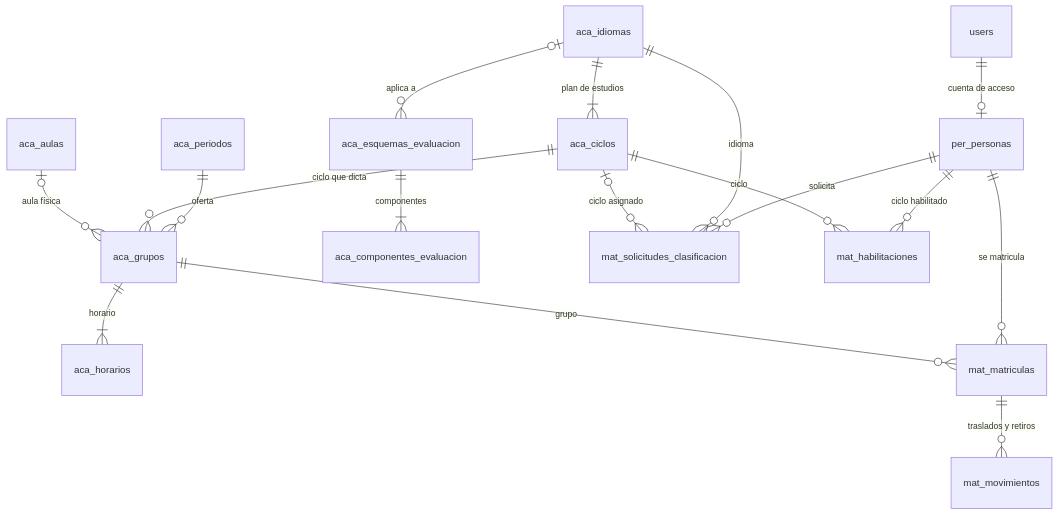
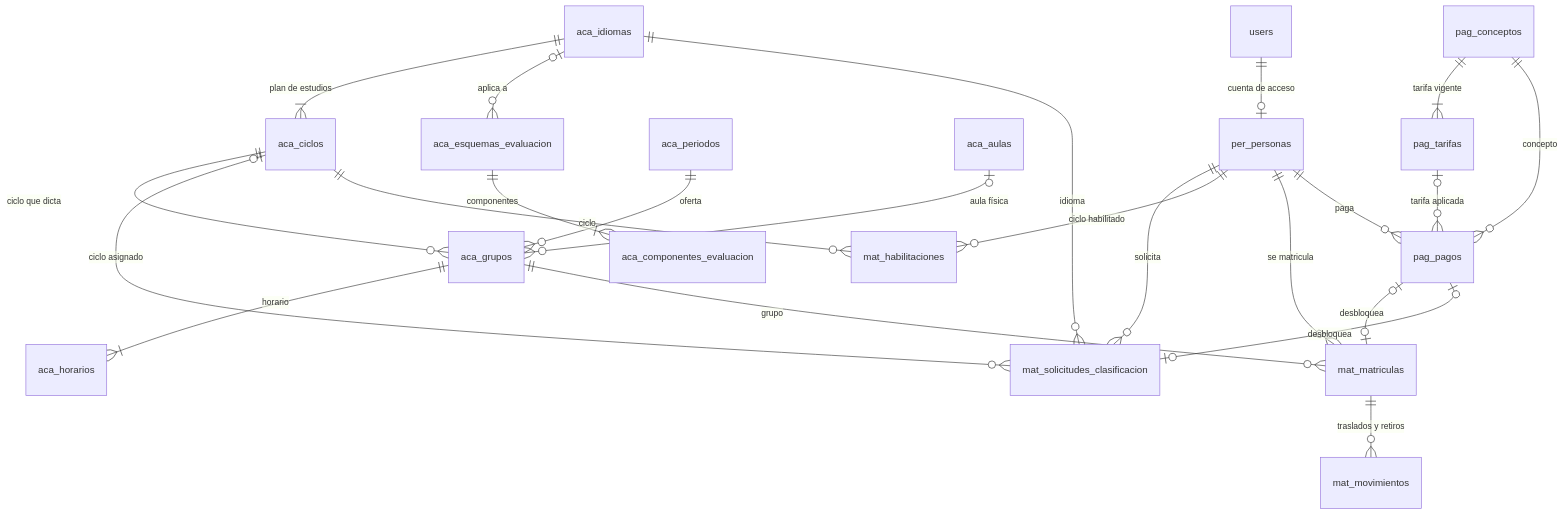
One commit to YomelBarretoFlores/cid-system changed the diagram in docs/modelo-de-datos.md. Above: the diagram before and after it, drawn with Mermaid. The commit also changed other lines of this file and 9 other files, not shown here.

````diff
--- a/docs/modelo-de-datos.md
+++ b/docs/modelo-de-datos.md
@@ -7,20 +7,26 @@
 ```mermaid
 erDiagram
     users ||--o| per_personas : "cuenta de acceso"
     aca_idiomas ||--|{ aca_ciclos : "plan de estudios"
     aca_periodos ||--o{ aca_grupos : oferta
     aca_ciclos ||--o{ aca_grupos : "ciclo que dicta"
     aca_aulas |o--o{ aca_grupos : "aula física"
     aca_grupos ||--|{ aca_horarios : horario
     aca_idiomas |o--o{ aca_esquemas_evaluacion : "aplica a"
     aca_esquemas_evaluacion ||--|{ aca_componentes_evaluacion : componentes
 
     per_personas ||--o{ mat_solicitudes_clasificacion : solicita
     aca_idiomas ||--o{ mat_solicitudes_clasificacion : idioma
     aca_ciclos |o--o{ mat_solicitudes_clasificacion : "ciclo asignado"
     per_personas ||--o{ mat_habilitaciones : "ciclo habilitado"
     aca_ciclos ||--o{ mat_habilitaciones : ciclo
     per_personas ||--o{ mat_matriculas : "se matricula"
     aca_grupos ||--o{ mat_matriculas : grupo
     mat_matriculas ||--o{ mat_movimientos : "traslados y retiros"
+    pag_conceptos ||--|{ pag_tarifas : "tarifa vigente"
+    per_personas ||--o{ pag_pagos : paga
+    pag_conceptos ||--o{ pag_pagos : concepto
+    pag_tarifas |o--o{ pag_pagos : "tarifa aplicada"
+    pag_pagos |o--o| mat_matriculas : "desbloquea"
+    pag_pagos |o--o| mat_solicitudes_clasificacion : "desbloquea"
 ```
````
